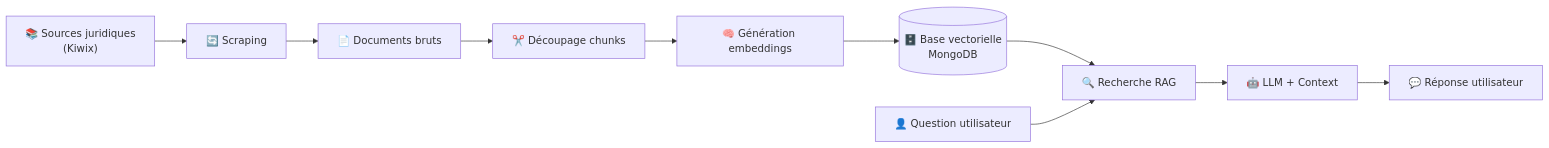
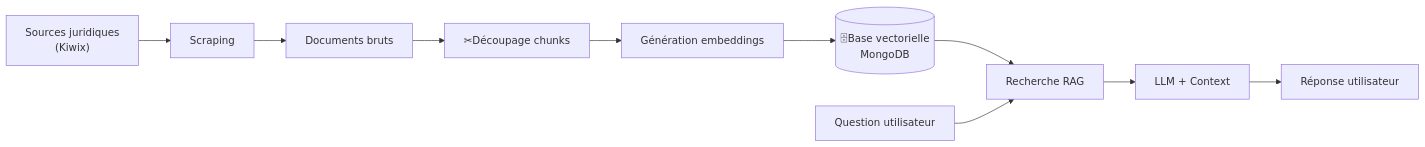
Before and after one commit to epf-projet-chatbot/.github: the third of 3 diagrams in profile/README.md, drawn with Mermaid. The commit also changed other lines of this file, not shown here.

Commit message:
remove emojis

````diff
--- a/profile/README.md
+++ b/profile/README.md
@@ -93,19 +93,19 @@
 ```mermaid
 flowchart LR
     %% Collecte
-    A["📚 Sources juridiques<br/>(Kiwix)"] --> B["🔄 Scraping"]
+    A["Sources juridiques<br/>(Kiwix)"] --> B["Scraping"]
     
     %% Traitement
-    B --> C["📄 Documents bruts"]
-    C --> D["✂️ Découpage chunks"]
-    D --> E["🧠 Génération embeddings"]
-    E --> F[("🗄️ Base vectorielle<br/>MongoDB")]
+    B --> C["Documents bruts"]
+    C --> D["✂Découpage chunks"]
+    D --> E["Génération embeddings"]
+    E --> F[("🗄Base vectorielle<br/>MongoDB")]
     
     %% Application
-    F --> G["🔍 Recherche RAG"]
-    G --> H["🤖 LLM + Context"]
-    H --> I["💬 Réponse utilisateur"]
+    F --> G["Recherche RAG"]
+    G --> H["LLM + Context"]
+    H --> I["Réponse utilisateur"]
     
     %% Interface
-    J["👤 Question utilisateur"] --> G
+    J["Question utilisateur"] --> G
 ```
````
